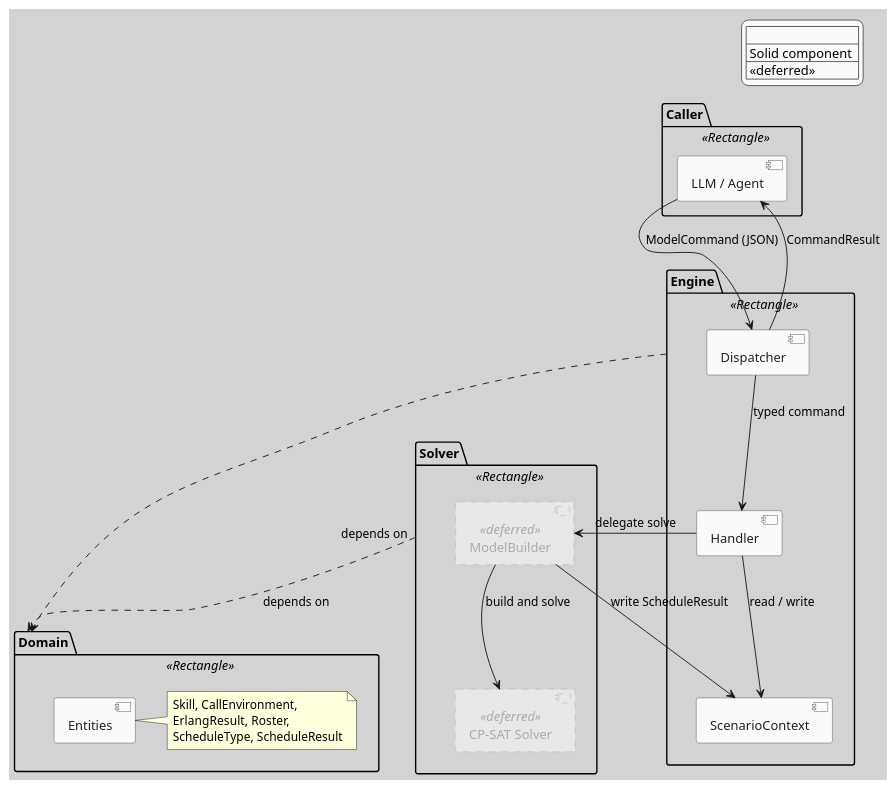
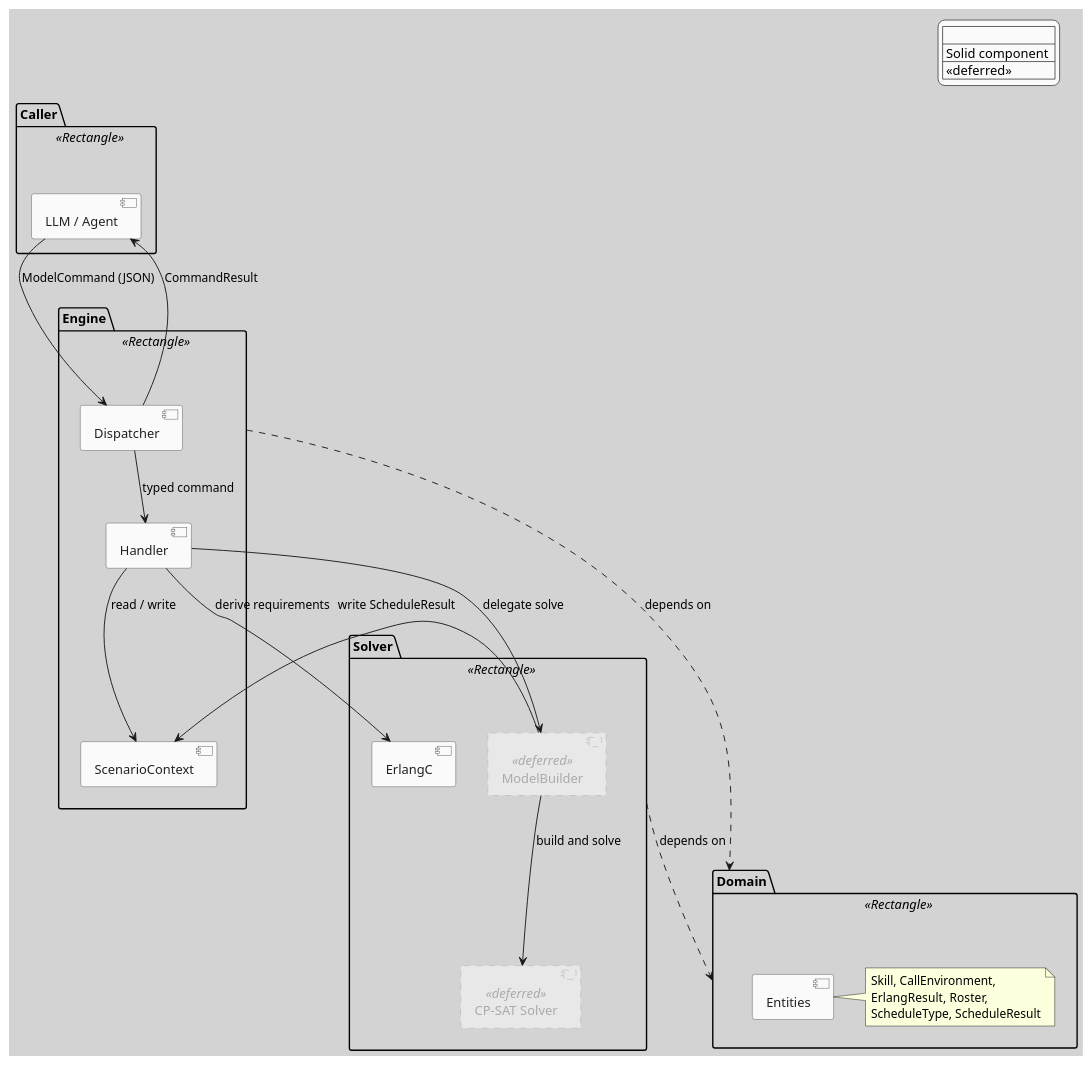
One commit to neon-tetra/schedule-architect changed the diagram in docs/uml/architecture_component.puml. Above: the diagram before and after it, drawn with PlantUML. The commit also changed 2 other files, not shown here.

Commit message:
Add uml for erlang, model builder

```diff
--- a/docs/uml/architecture_component.puml
+++ b/docs/uml/architecture_component.puml
@@ -1,70 +1,72 @@
 @startuml architecture_component
 
 skinparam backgroundColor #D3D3D3
 skinparam defaultFontName Segoe UI
 
 skinparam component {
     BackgroundColor #FAFAFA
     BorderColor #555555
     FontColor #222222
     BackgroundColor<<deferred>> #E8E8E8
     BorderColor<<deferred>> #AAAAAA
     FontColor<<deferred>> #AAAAAA
     BorderStyle<<deferred>> dashed
 }
 
 skinparam legend {
     BackgroundColor #FAFAFA
     BorderColor #555555
 }
 
 legend top right
   <#FAFAFA,#555555>|                          |
   | Solid component  | Implemented            |
   | <<deferred>>     | Planned / future       |
 endlegend
 
 ' ─────────────────────────────────────────
 ' LAYERS
 ' ─────────────────────────────────────────
 
 package "Caller" <<Rectangle>> {
     [LLM / Agent] as LLM
 }
 
 package "Engine" <<Rectangle>> {
     [Dispatcher] as Dispatcher
     [Handler] as Handler
     [ScenarioContext] as Context
 }
 
 package "Solver" <<Rectangle>> {
+    [ErlangC] as ErlangC
     [ModelBuilder] <<deferred>> as ModelBuilder
     [CP-SAT Solver] <<deferred>> as CPSAT
 }
 
 package "Domain" <<Rectangle>> {
     [Entities] as Entities
     note right of Entities
         Skill, CallEnvironment,
         ErlangResult, Roster,
         ScheduleType, ScheduleResult
     end note
 }
 
 ' ─────────────────────────────────────────
 ' INTERACTIONS
 ' ─────────────────────────────────────────
 
 LLM --> Dispatcher : ModelCommand (JSON)
 Dispatcher --> Handler : typed command
 Handler --> Context : read / write
 Handler --> ModelBuilder : delegate solve
 ModelBuilder --> CPSAT : build and solve
 ModelBuilder --> Context : write ScheduleResult
 Dispatcher --> LLM : CommandResult
+Handler --> ErlangC : derive requirements
 
 Engine ..> Domain : depends on
 Solver ..> Domain : depends on
 
 @enduml
```
